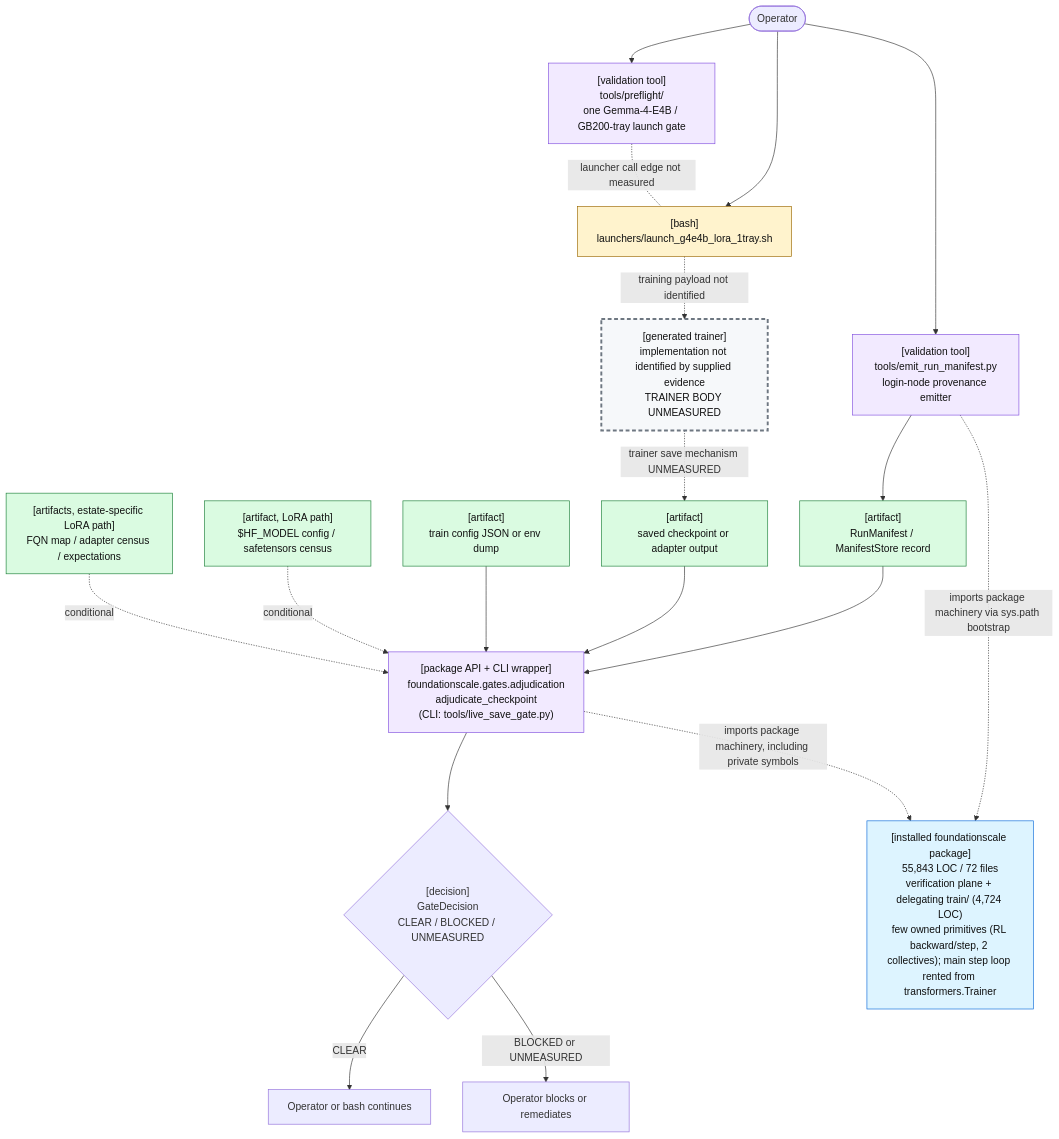
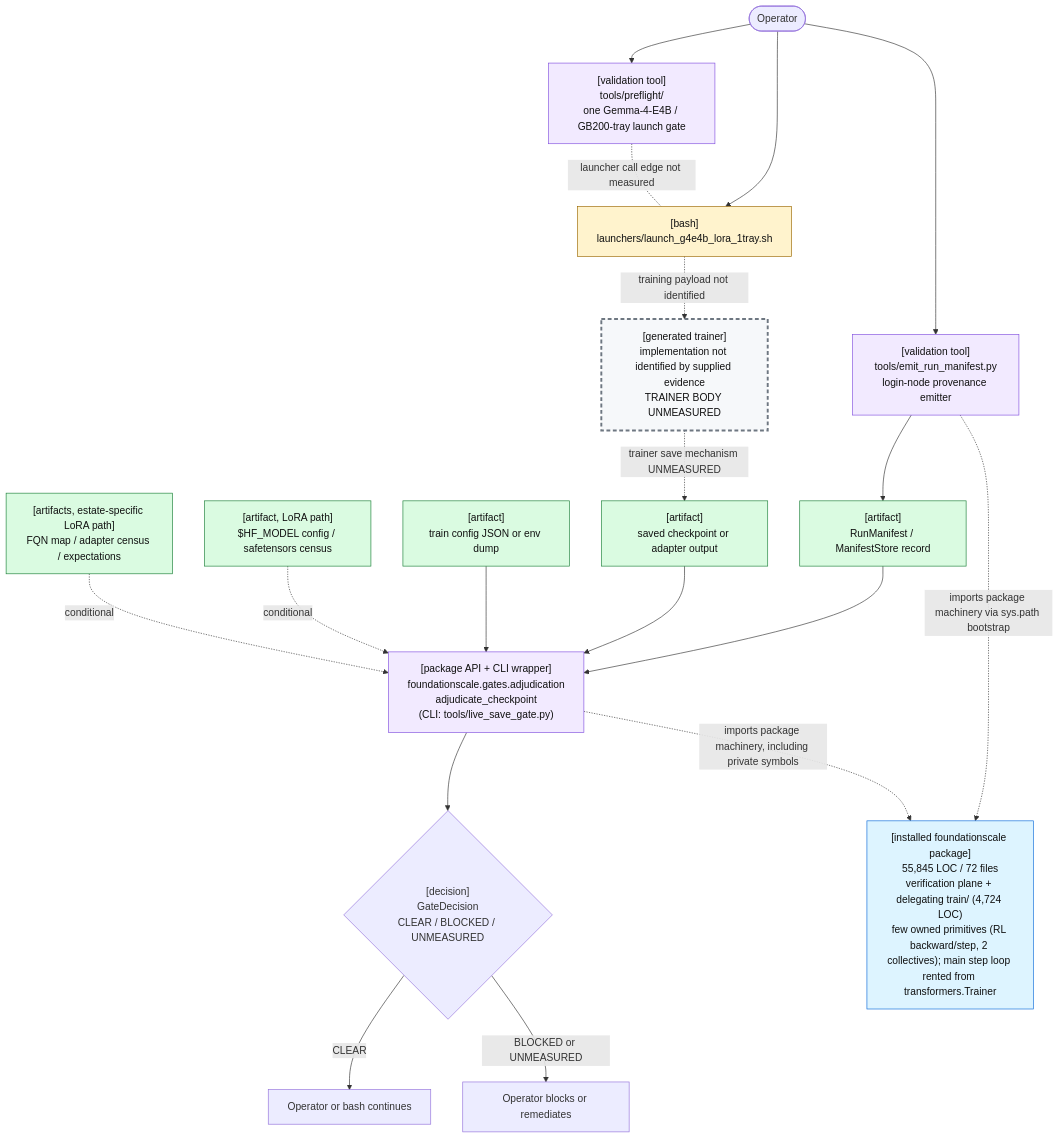
Before and after one commit to TranNhiem/FoundationScale: the first of 2 diagrams in docs/review/D2_current_architecture.md, drawn with Mermaid. The commit also changed other lines of this file and 12 other files, not shown here.

````diff
--- a/docs/review/D2_current_architecture.md
+++ b/docs/review/D2_current_architecture.md
@@ -25,59 +25,59 @@
 ```mermaid
 flowchart TB
   O(["Operator"])
 
   PF["[validation tool]<br/>tools/preflight/<br/>one Gemma-4-E4B / GB200-tray launch gate"]
   L["[bash]<br/>launchers/launch_g4e4b_lora_1tray.sh"]
 
   E["[validation tool]<br/>tools/emit_run_manifest.py<br/>login-node provenance emitter"]
   M["[artifact]<br/>RunManifest / ManifestStore record"]
 
   T["[generated trainer]<br/>implementation not identified by supplied evidence<br/>TRAINER BODY UNMEASURED"]
   C["[artifact]<br/>saved checkpoint or adapter output"]
 
   G["[package API + CLI wrapper]<br/>foundationscale.gates.adjudication<br/>adjudicate_checkpoint<br/>(CLI: tools/live_save_gate.py)"]
   CFG["[artifact]<br/>train config JSON or env dump"]
   BASE["[artifact, LoRA path]<br/>$HF_MODEL config / safetensors census"]
   CEN["[artifacts, estate-specific LoRA path]<br/>FQN map / adapter census / expectations"]
 
   D{"[decision]<br/>GateDecision<br/>CLEAR / BLOCKED / UNMEASURED"}
   OK["Operator or bash continues"]
   NO["Operator blocks or remediates"]
 
-  PKG["[installed foundationscale package]<br/>55,843 LOC / 72 files<br/>verification plane + delegating train/ (4,724 LOC)<br/>few owned primitives (RL backward/step, 2 collectives); main step loop rented from transformers.Trainer"]
+  PKG["[installed foundationscale package]<br/>55,845 LOC / 72 files<br/>verification plane + delegating train/ (4,724 LOC)<br/>few owned primitives (RL backward/step, 2 collectives); main step loop rented from transformers.Trainer"]
 
   O --> PF
   O --> L
   PF -. "launcher call edge not measured" .- L
 
   O --> E
   E --> M
 
   L -. "training payload not identified" .-> T
   T -. "trainer save mechanism UNMEASURED" .-> C
 
   M --> G
   C --> G
   CFG --> G
   BASE -. "conditional" .-> G
   CEN -. "conditional" .-> G
 
   E -. "imports package machinery via sys.path bootstrap" .-> PKG
   G -. "imports package machinery, including private symbols" .-> PKG
 
   G --> D
   D -->|"CLEAR"| OK
   D -->|"BLOCKED or UNMEASURED"| NO
 
   classDef bash fill:#fff3cd,stroke:#9a6700,color:#111;
   classDef tool fill:#f2eaff,stroke:#8250df,color:#111;
   classDef artifact fill:#dafbe1,stroke:#1a7f37,color:#111;
   classDef gap fill:#f6f8fa,stroke:#6e7781,stroke-width:3px,stroke-dasharray: 6 4,color:#111;
   classDef pkg fill:#ddf4ff,stroke:#0969da,color:#111;
 
   class L bash;
   class PF,E,G tool;
   class M,C,CFG,BASE,CEN artifact;
   class T gap;
   class PKG pkg;
 ```
````
